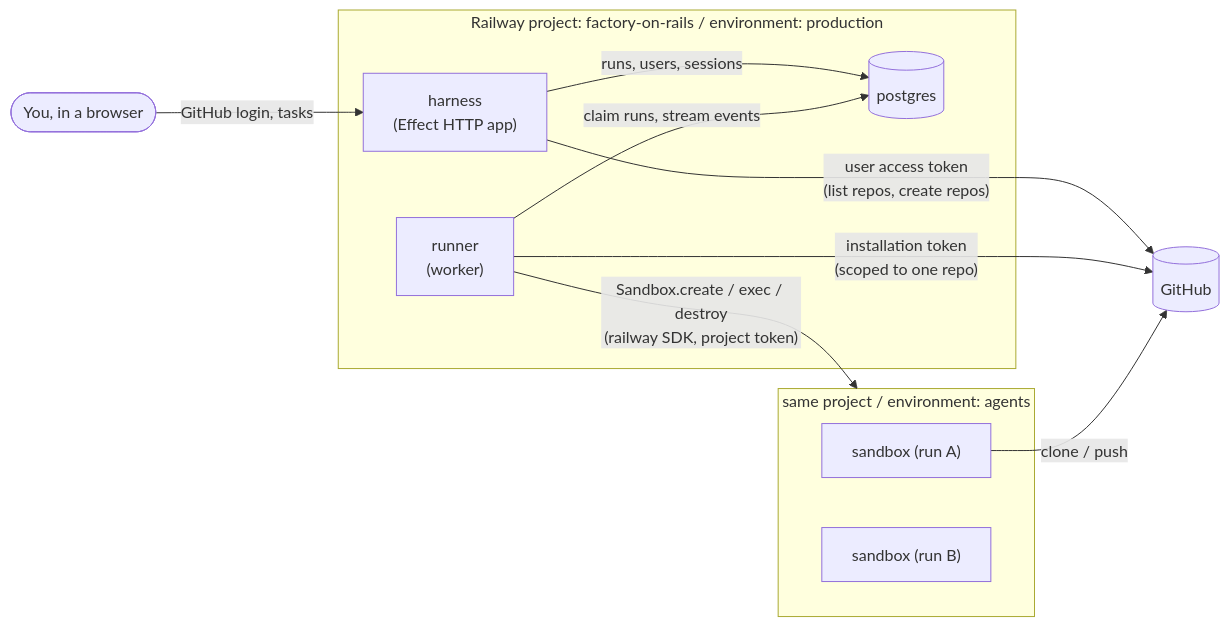
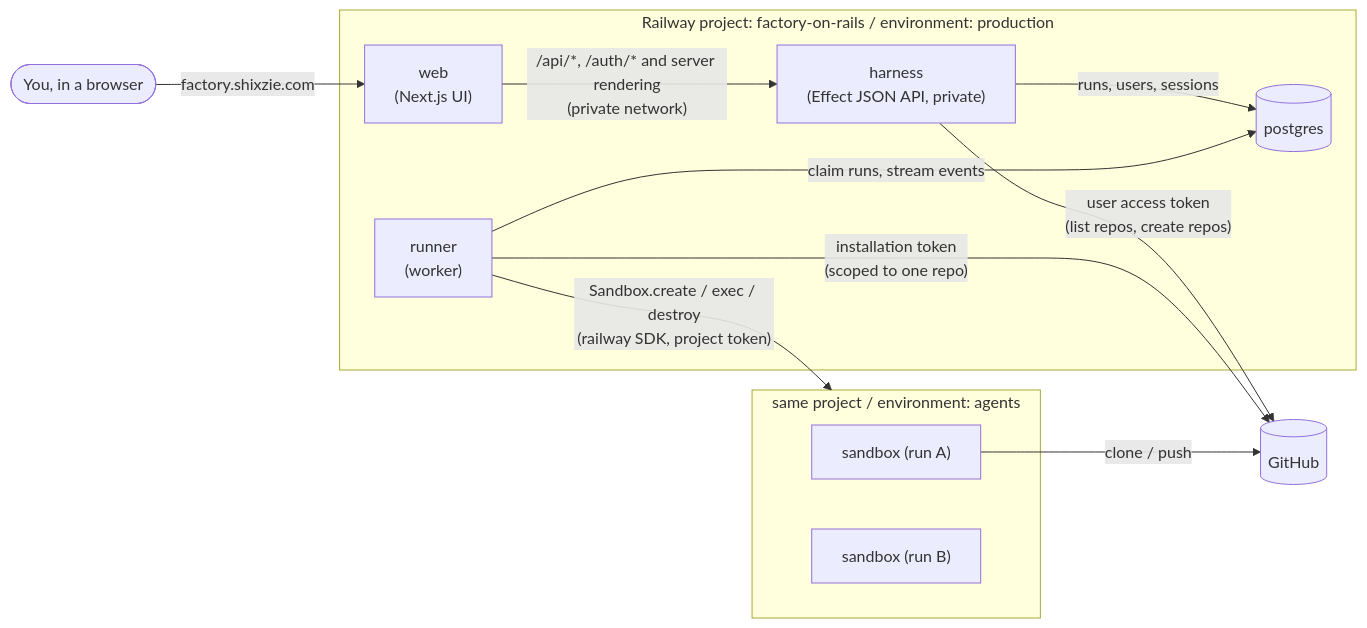
Before and after one commit to shixzie/factory-on-rails: the diagram in docs/architecture.md, drawn with Mermaid. The commit also changed other lines of this file and 68 other files, not shown here.

````diff
--- a/docs/architecture.md
+++ b/docs/architecture.md
@@ -11,19 +11,21 @@
 ```mermaid
 flowchart LR
-  user([You, in a browser]) -->|GitHub login, tasks| harness
+  user([You, in a browser]) -->|factory.shixzie.com| web
   subgraph production["Railway project: factory-on-rails / environment: production"]
-    harness["harness<br/>(Effect HTTP app)"]
+    web["web<br/>(Next.js UI)"]
+    harness["harness<br/>(Effect JSON API, private)"]
+    web -- "/api/*, /auth/* and server rendering<br/>(private network)" --> harness
     runner["runner<br/>(worker)"]
     db[("postgres")]
     harness -- runs, users, sessions --> db
     runner -- claim runs, stream events --> db
   end
   subgraph agents["same project / environment: agents"]
     sbx1["sandbox (run A)"]
     sbx2["sandbox (run B)"]
   end
   runner -- "Sandbox.create / exec / destroy<br/>(railway SDK, project token)" --> agents
   harness -- "user access token<br/>(list repos, create repos)" --> gh[(GitHub)]
   runner -- "installation token<br/>(scoped to one repo)" --> gh
   sbx1 -- "clone / push" --> gh
 ```
````
